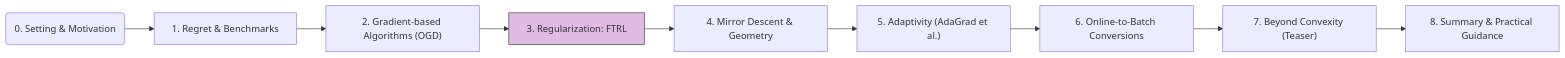
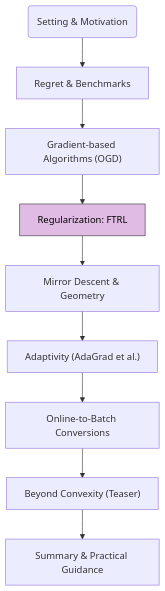
Before and after one commit to JiHa-Kim/jiha-kim.github.io: the diagram in collections/_crash-courses/online-learning/3-FTL-FTRL.md, drawn with Mermaid. The commit also changed 13 other files, not shown here.

````diff
--- a/collections/_crash-courses/online-learning/3-FTL-FTRL.md
+++ b/collections/_crash-courses/online-learning/3-FTL-FTRL.md
@@ -151,13 +151,13 @@
 ```mermaid
-flowchart LR
-    C0("0. Setting & Motivation") --> C1["1. Regret & Benchmarks"]
-    C1 --> C2["2. Gradient-based Algorithms (OGD)"]
-    C2 --> C3["3. Regularization: FTRL"]
-    C3 --> C4["4. Mirror Descent & Geometry"]
-    C4 --> C5["5. Adaptivity (AdaGrad et al.)"]
-    C5 --> C6["6. Online-to-Batch Conversions"]
-    C6 --> C7["7. Beyond Convexity (Teaser)"]
-    C7 --> C8["8. Summary & Practical Guidance"]
+flowchart TD
+    C0("Setting & Motivation") --> C1["Regret & Benchmarks"]
+    C1 --> C2["Gradient-based Algorithms (OGD)"]
+    C2 --> C3["Regularization: FTRL"]
+    C3 --> C4["Mirror Descent & Geometry"]
+    C4 --> C5["Adaptivity (AdaGrad et al.)"]
+    C5 --> C6["Online-to-Batch Conversions"]
+    C6 --> C7["Beyond Convexity (Teaser)"]
+    C7 --> C8["Summary & Practical Guidance"]
 
-    style C3 fill:#E0BBE4,stroke:#333,stroke-width:2px % Highlight current module
+    style C3 fill:#E0BBE4,color:#000,stroke:#333,stroke-width:2px % Highlight current module
 ```
````
